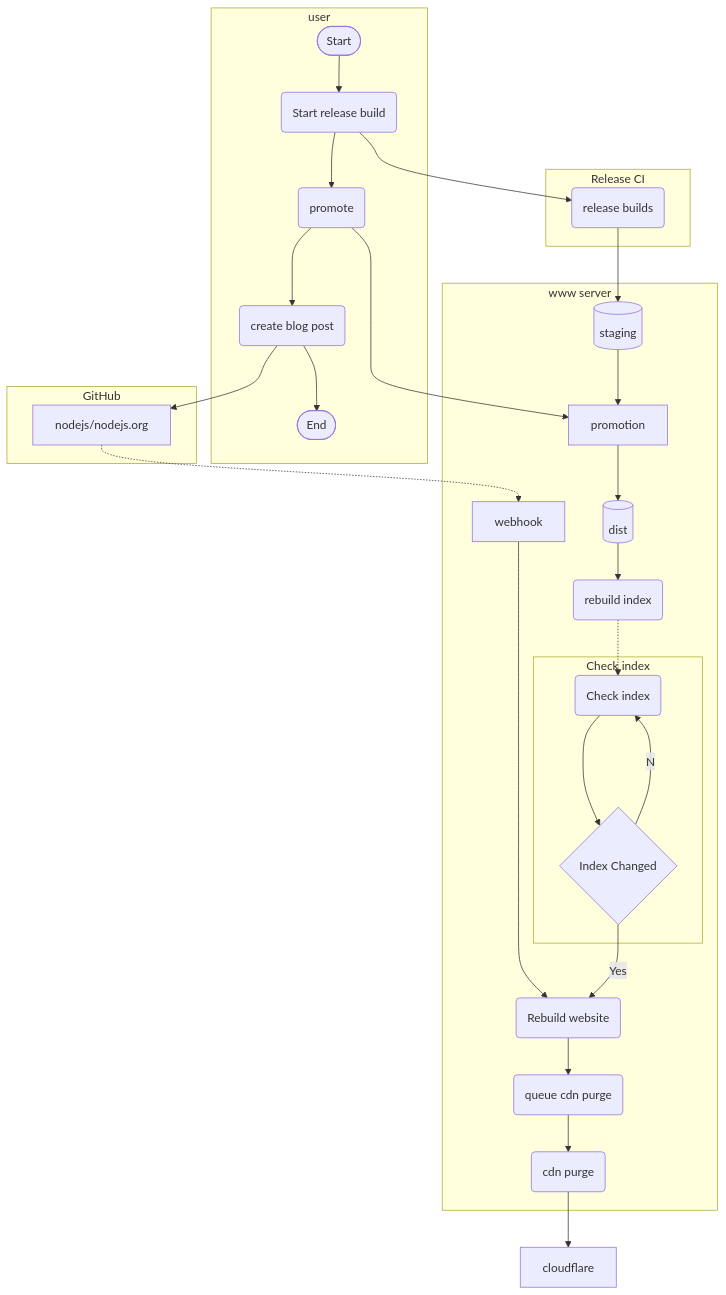
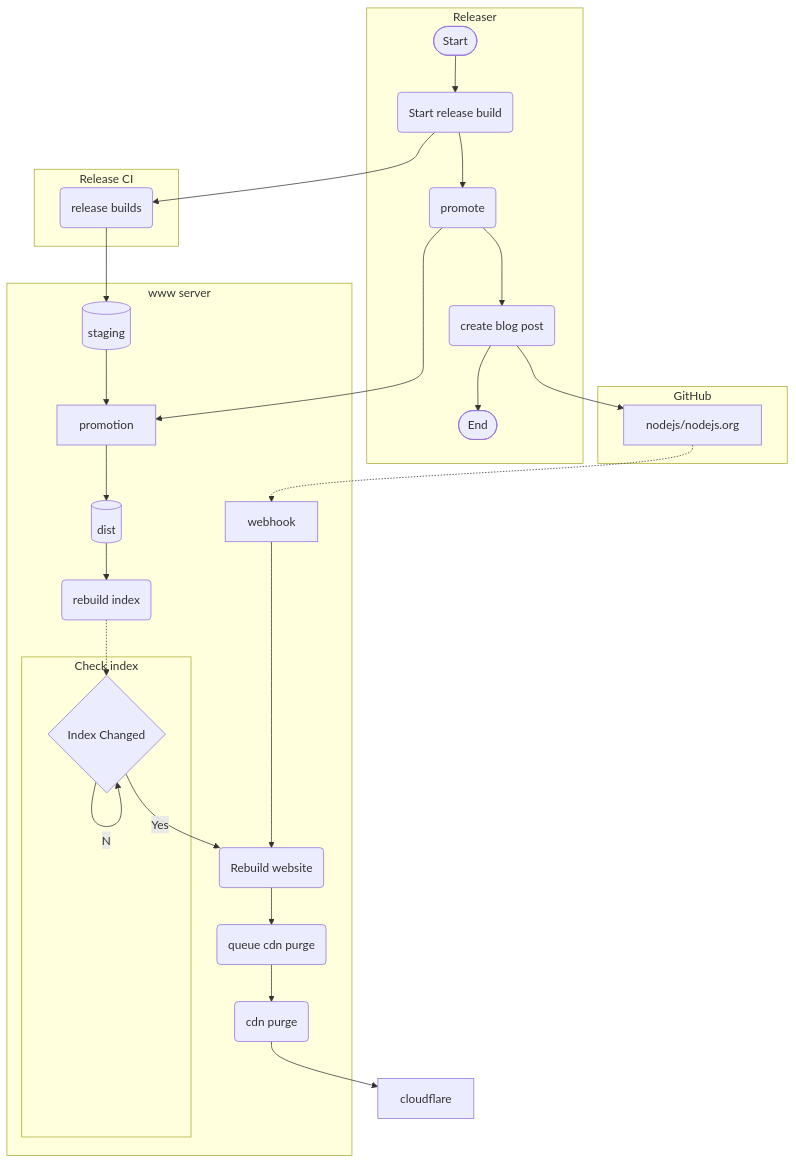
The diagram in README.md (richardlau/nodejs.org-flow), drawn with Mermaid before and after one commit.

````diff
--- a/README.md
+++ b/README.md
@@ -2,37 +2,33 @@
 ```mermaid
 flowchart TD
-    
-    subgraph "user"
+    subgraph user[Releaser]
     start([Start])-->A(Start release build)--> promote(promote)-->blog(create blog post)-->F([End])
     end
     subgraph jenkins[Release CI]
     builds
     end
     subgraph github[GitHub]
-    gh
+    gh[nodejs/nodejs.org]
     end
     subgraph www[www server]
-    
       staging[(staging)] --> promotion -->dist[(dist)]
       dist-->rebuildIdx(rebuild index)
       
       subgraph chkIndex[Check index]
-      checkIndex(Check index)-->idxChanged{Index Changed}
-      idxChanged--No-->checkIndex
+      idxChanged{Index Changed}--No-->idxChanged
+      end
       
-      end
-      rebuildIdx-.->checkIndex
+      rebuildIdx-.->idxChanged
       webhook-->rebuild
       idxChanged--Yes-->rebuild(Rebuild website)
       rebuild-->cdnq(queue cdn purge)
       cdnq-->purge(cdn purge)
-      
-      end
+    end
     A-->builds(release builds)
-    gh[nodejs/nodejs.org]-.->webhook
+    gh-.->webhook
     promote-->promotion
     blog-->gh
     builds-->staging
     purge-->cloudflare
 
 ```
````
